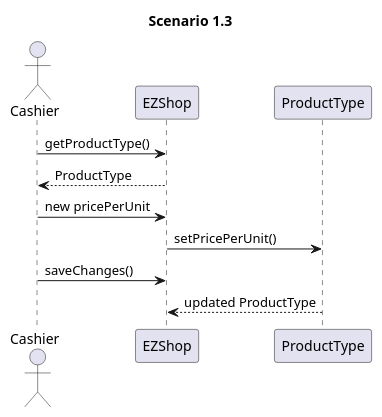
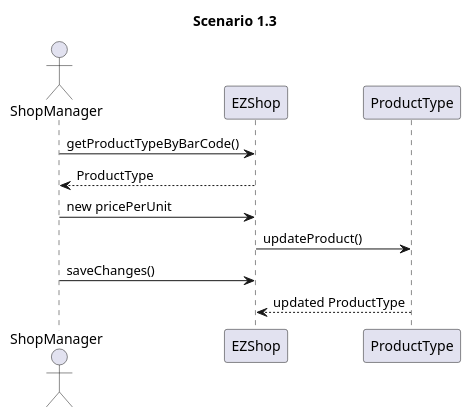
One commit to marco-ballario/EzShop changed the third of 8 diagrams in Deliverables/DesignDocument.md. Above: the diagram before and after it, drawn with PlantUML. The commit also changed other lines of this file, not shown here.

Commit message:
docs: update seq. diagram scenario 1.3 and 2.3

````diff
--- a/Deliverables/DesignDocument.md
+++ b/Deliverables/DesignDocument.md
@@ -261,10 +261,10 @@
 ```plantuml
 title Scenario 1.3
-actor Cashier
-Cashier -> EZShop : getProductType()
-EZShop --> Cashier : ProductType
-Cashier -> EZShop : new pricePerUnit
-EZShop -> ProductType: setPricePerUnit()
-Cashier -> EZShop : saveChanges()
+actor ShopManager
+ShopManager -> EZShop : getProductTypeByBarCode()
+EZShop --> ShopManager : ProductType
+ShopManager -> EZShop : new pricePerUnit
+EZShop -> ProductType: updateProduct()
+ShopManager -> EZShop : saveChanges()
 ProductType --> EZShop : updated ProductType
 ```
````
